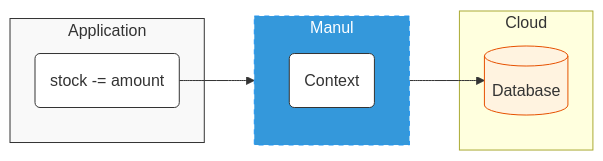
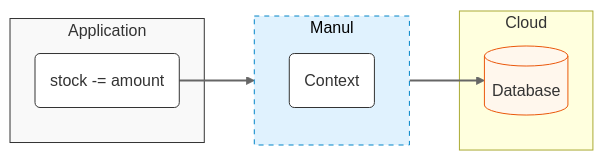
The third of 5 diagrams in slides.md (wizardleeen/manul-slides), drawn with Mermaid before and after one commit. The commit also changed other lines of this file, not shown here.

````diff
--- a/slides.md
+++ b/slides.md
@@ -227,29 +302,31 @@
 ```mermaid
 graph LR
     %% Define Nodes
     subgraph App [Application]
         Op("stock -= amount")
     end
 
     subgraph Manul [Manul]
         direction TB
         Context(Context)
     end
 
     subgraph Infra [Cloud]
         DB[(Database)]
     end
 
     %% Define Edges
     Op --> Context
     Context --> DB
 
     %% Styling
     style App fill:#f9f9f9,stroke:#333,color:#333
-    style Manul fill:#3498db,stroke:#2196f3,stroke-dasharray: 5 5,color:#fff
-    style DB fill:#fff3e0,stroke:#e65100,color:#333
+    style Manul fill:#E0F2FE,stroke:#0284c7,stroke-dasharray: 5 5,color:#000
+    style DB fill:#FFF7ED,stroke:#ea580c,color:#333
     
-    %% Explicitly style internal nodes to ensure visibility if they inherit default white text in dark mode
     style Op fill:#fff,stroke:#333,color:#333
     style Context fill:#fff,stroke:#333,color:#333
+    
+    %% Link Styling
+    linkStyle default stroke-width:2px,fill:none,stroke:#666
 ```
````
